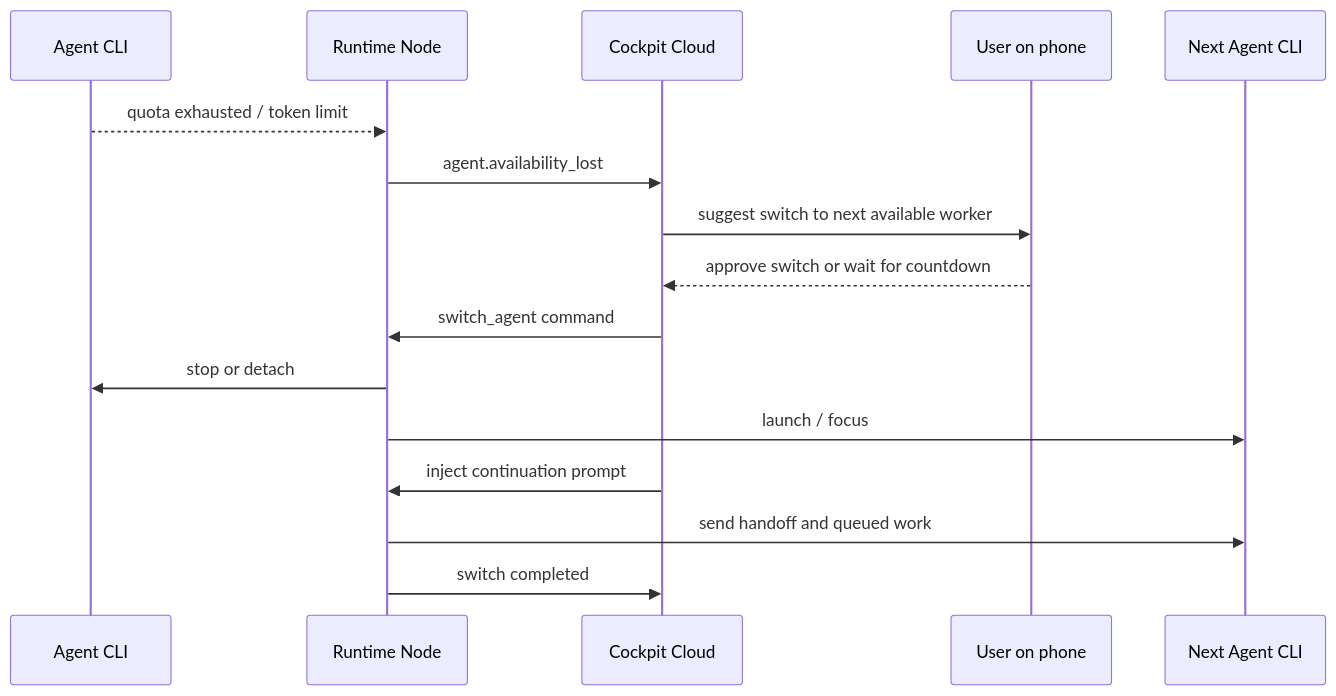
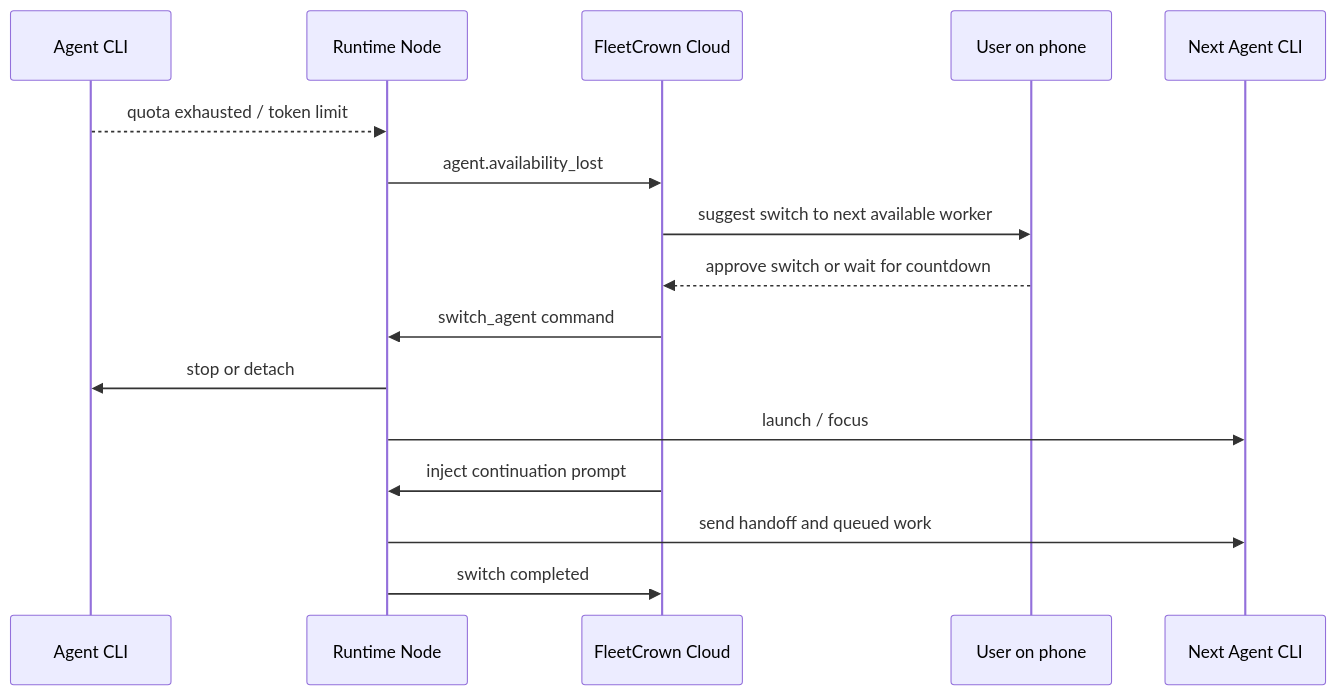
The fourth of 7 diagrams in content/thoughts/from-localhost-to-a-portable-creation-cockpit.md (bitbaum/fleetcrown), drawn with Mermaid before and after one commit. The commit also changed other lines of this file and 37 other files, not shown here.

First line of the commit message:
docs(brand): finish Cockpit → FleetCrown rebrand sweep across docs/thoughts/legal/src

````diff
--- a/content/thoughts/from-localhost-to-a-portable-creation-cockpit.md
+++ b/content/thoughts/from-localhost-to-a-portable-creation-cockpit.md
@@ -398,19 +398,19 @@
 ```mermaid
 sequenceDiagram
     participant Agent as Agent CLI
     participant Node as Runtime Node
-    participant Cloud as Cockpit Cloud
+    participant Cloud as FleetCrown Cloud
     participant User as User on phone
     participant Next as Next Agent CLI
 
     Agent-->>Node: quota exhausted / token limit
     Node->>Cloud: agent.availability_lost
     Cloud->>User: suggest switch to next available worker
     User-->>Cloud: approve switch or wait for countdown
     Cloud->>Node: switch_agent command
     Node->>Agent: stop or detach
     Node->>Next: launch / focus
     Cloud->>Node: inject continuation prompt
     Node->>Next: send handoff and queued work
     Node->>Cloud: switch completed
 ```
````
